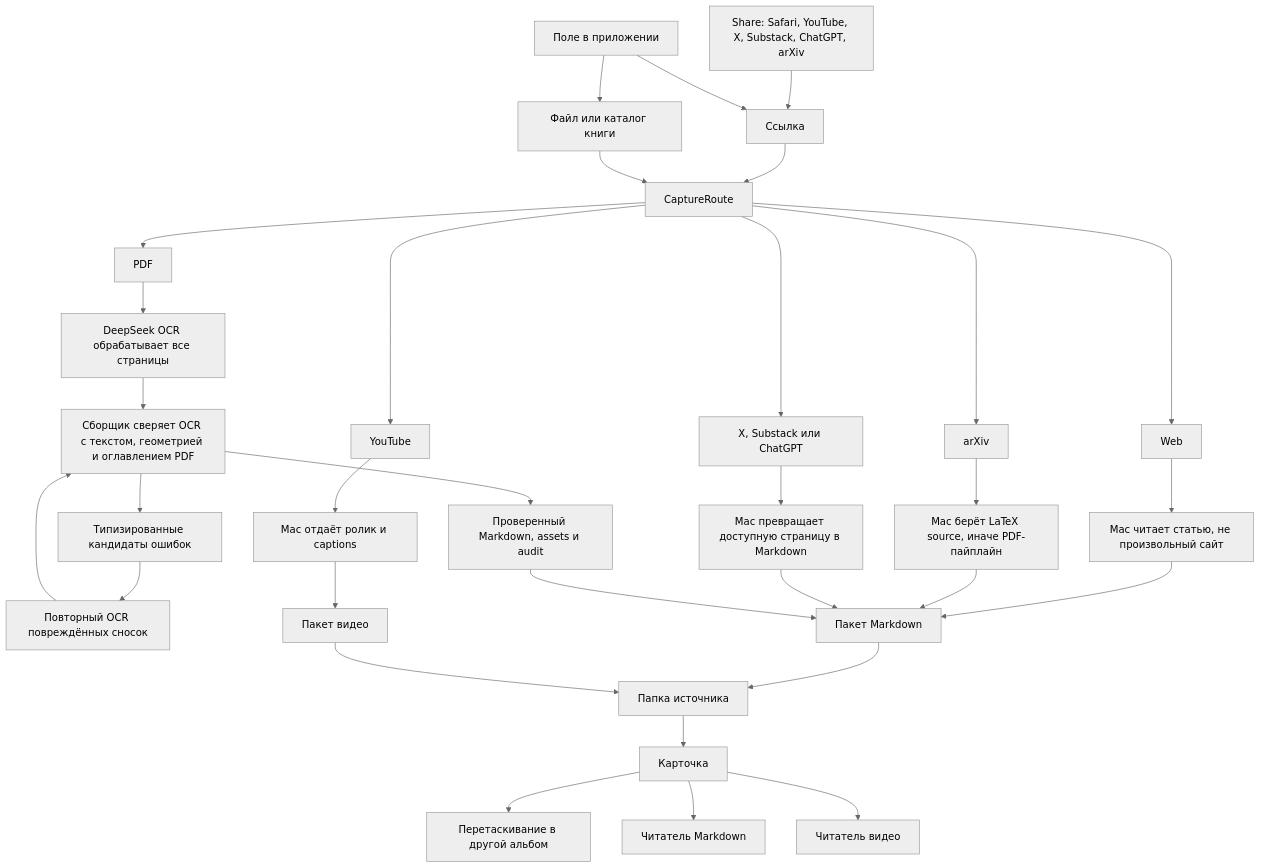
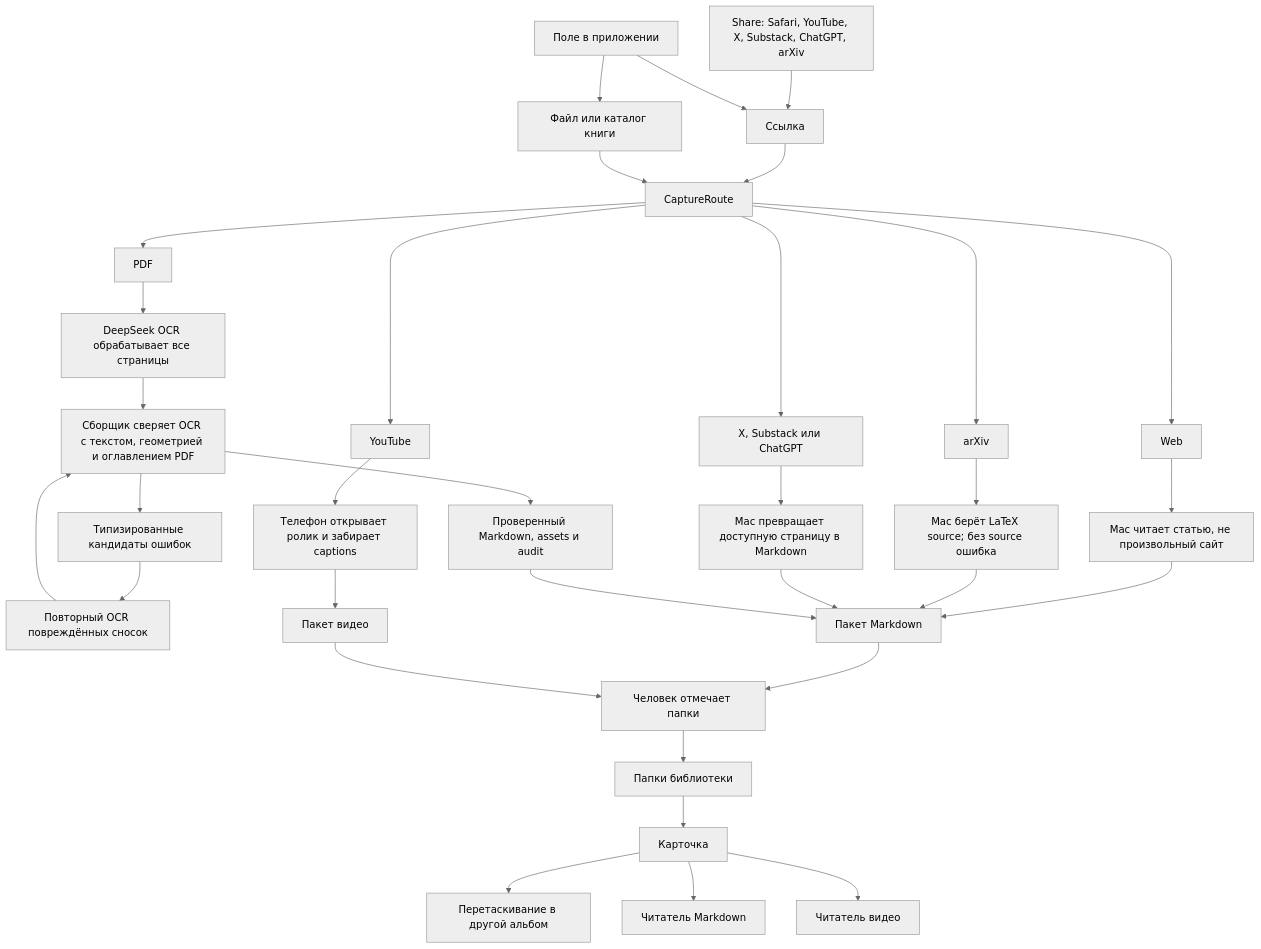
One commit to vladkalinichencko/fnmn-app changed the eighth of 9 diagrams in APP_SPEC.md. Above: the diagram before and after it, drawn with Mermaid (neutral theme). The commit also changed other lines of this file and 38 other files, not shown here.

First line of the commit message:
Open YouTube on the phone and keep one reading record.

````diff
--- a/APP_SPEC.md
+++ b/APP_SPEC.md
@@ -207,34 +211,35 @@
 ```mermaid
 flowchart TD
     Share[Share: Safari, YouTube, X, Substack, ChatGPT, arXiv] --> Link[Ссылка]
     Add[Поле в приложении] --> Link
     Add --> File[Файл или каталог книги]
     Link --> Route[CaptureRoute]
     File --> Route
     Route --> Web[Web]
     Route --> Arxiv[arXiv]
     Route --> Tube[YouTube]
     Route --> Social[X, Substack или ChatGPT]
     Route --> Pdf[PDF]
     Web --> ArticleMac[Mac читает статью, не произвольный сайт]
-    Arxiv --> ArxivMac[Mac берёт LaTeX source, иначе PDF-пайплайн]
+    Arxiv --> ArxivMac[Mac берёт LaTeX source; без source ошибка]
     Social --> TextMac[Mac превращает доступную страницу в Markdown]
     Pdf --> PageOCR[DeepSeek OCR обрабатывает все страницы]
     PageOCR --> Assemble[Сборщик сверяет OCR с текстом, геометрией и оглавлением PDF]
     Assemble --> Candidates[Типизированные кандидаты ошибок]
     Candidates --> FootnoteOCR[Повторный OCR повреждённых сносок]
     FootnoteOCR --> Assemble
     Assemble --> PdfMac[Проверенный Markdown, assets и audit]
-    Tube --> VideoMac[Mac отдаёт ролик и captions]
+    Tube --> VideoPhone[Телефон открывает ролик и забирает captions]
     ArticleMac --> Markdown[Пакет Markdown]
     ArxivMac --> Markdown
     TextMac --> Markdown
     PdfMac --> Markdown
-    VideoMac --> VideoPack[Пакет видео]
-    Markdown --> Album[Папка источника]
-    VideoPack --> Album
+    VideoPhone --> VideoPack[Пакет видео]
+    Markdown --> Choose[Человек отмечает папки]
+    VideoPack --> Choose
+    Choose --> Album[Папки библиотеки]
     Album --> Card[Карточка]
     Card --> OtherAlbum[Перетаскивание в другой альбом]
     Card --> MarkdownReader[Читатель Markdown]
     Card --> VideoReader[Читатель видео]
 ```
````
